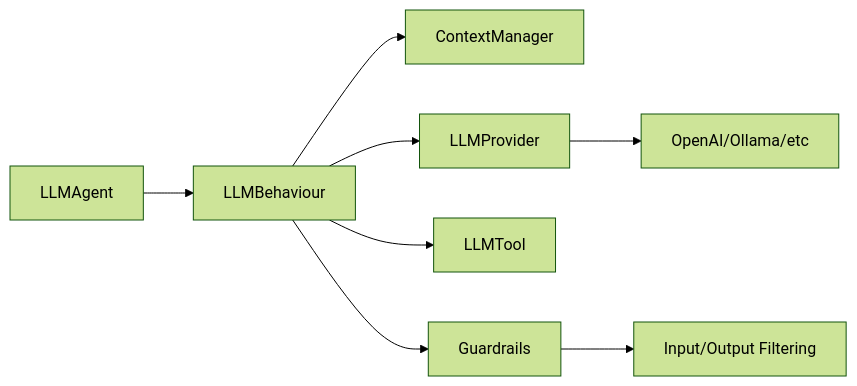
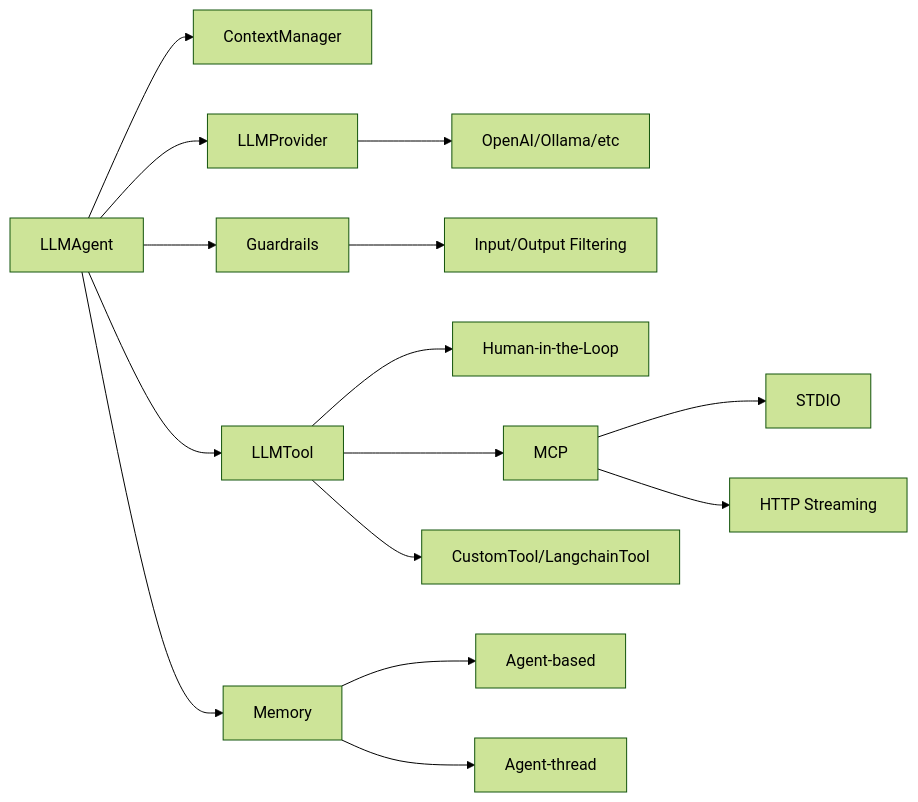
The diagram in README.md (sosanzma/spade_llm), drawn with Mermaid (forest theme) before and after one commit. The commit also changed other lines of this file and 1 other file, not shown here.

````diff
--- a/README.md
+++ b/README.md
@@ -167,10 +221,17 @@
 ```mermaid
 graph LR
-    A[LLMAgent] --> B[LLMBehaviour]
-    B --> C[ContextManager]
-    B --> D[LLMProvider]
-    B --> E[LLMTool]
-    B --> G[Guardrails]
+    A[LLMAgent] --> C[ContextManager]
+    A --> D[LLMProvider]
+    A --> E[LLMTool]
+    A --> G[Guardrails]
+    A --> M[Memory]
     D --> F[OpenAI/Ollama/etc]
     G --> H[Input/Output Filtering]
+    E --> I[Human-in-the-Loop]
+    E --> J[MCP]
+    E --> P[CustomTool/LangchainTool]
+    J --> K[STDIO]
+    J --> L[HTTP Streaming]
+    M --> N[Agent-based]
+    M --> O[Agent-thread]
 ```
````
